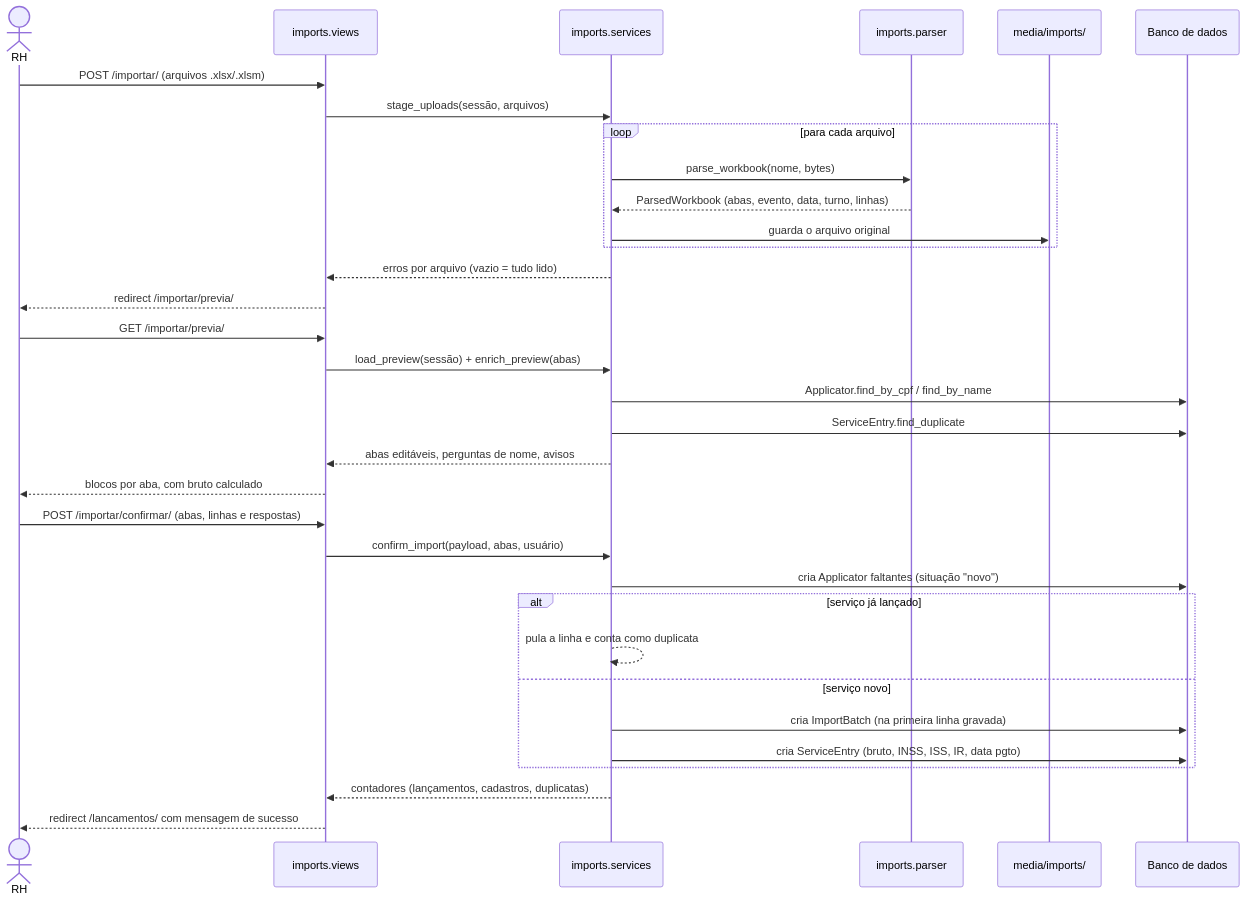
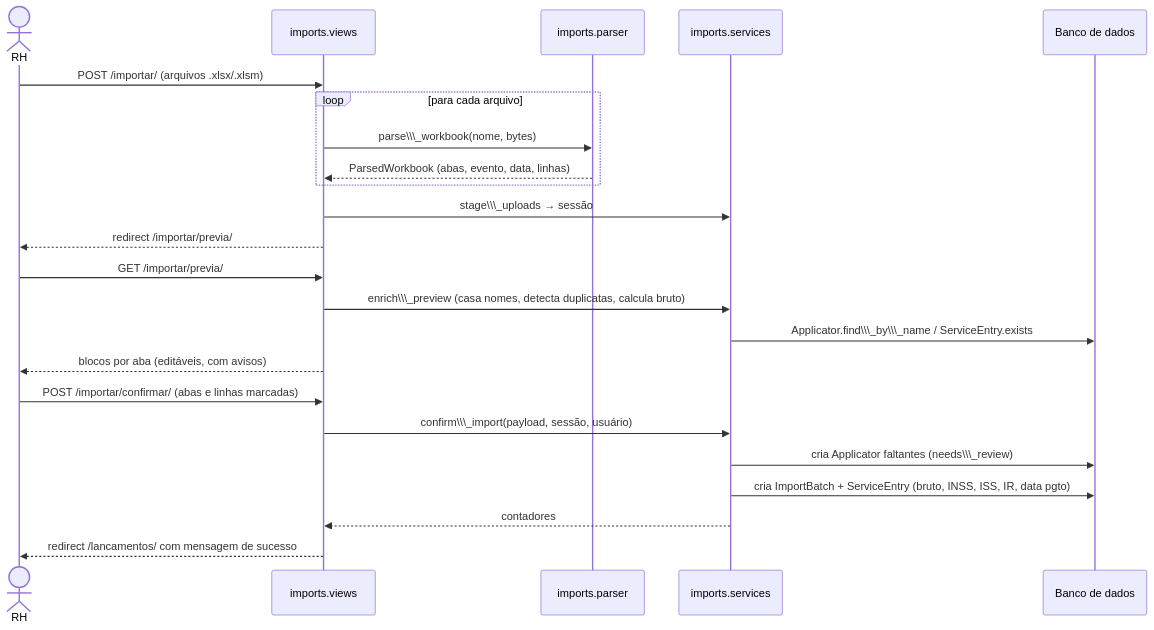
Before and after one commit to bernardozschaber/tp1-eng-soft: the second of 3 diagrams in README.md, drawn with Mermaid. The commit also changed other lines of this file, not shown here.

Commit message:
docs(readme): update UML diagrams, seed_demo and imports (1/4)

````diff
--- a/README.md
+++ b/README.md
@@ -359,38 +279,26 @@
 ```mermaid
 sequenceDiagram
     actor RH
     participant View as imports.views
+    participant Parser as imports.parser
     participant Service as imports.services
-    participant Parser as imports.parser
-    participant Media as media/imports/
     participant DB as Banco de dados
 
     RH->>View: POST /importar/ (arquivos .xlsx/.xlsm)
-    View->>Service: stage_uploads(sessão, arquivos)
     loop para cada arquivo
-        Service->>Parser: parse_workbook(nome, bytes)
-        Parser-->>Service: ParsedWorkbook (abas, evento, data, turno, linhas)
-        Service->>Media: guarda o arquivo original
+        View->>Parser: parse\\\_workbook(nome, bytes)
+        Parser-->>View: ParsedWorkbook (abas, evento, data, linhas)
     end
-    Service-->>View: erros por arquivo (vazio = tudo lido)
+    View->>Service: stage\\\_uploads → sessão
     View-->>RH: redirect /importar/previa/
-
     RH->>View: GET /importar/previa/
-    View->>Service: load_preview(sessão) + enrich_preview(abas)
-    Service->>DB: Applicator.find_by_cpf / find_by_name
-    Service->>DB: ServiceEntry.find_duplicate
-    Service-->>View: abas editáveis, perguntas de nome, avisos
-    View-->>RH: blocos por aba, com bruto calculado
-
-    RH->>View: POST /importar/confirmar/ (abas, linhas e respostas)
-    View->>Service: confirm_import(payload, abas, usuário)
-    Service->>DB: cria Applicator faltantes (situação "novo")
-    alt serviço já lançado
-        Service-->>Service: pula a linha e conta como duplicata
-    else serviço novo
-        Service->>DB: cria ImportBatch (na primeira linha gravada)
-        Service->>DB: cria ServiceEntry (bruto, INSS, ISS, IR, data pgto)
-    end
-    Service-->>View: contadores (lançamentos, cadastros, duplicatas)
+    View->>Service: enrich\\\_preview (casa nomes, detecta duplicatas, calcula bruto)
+    Service->>DB: Applicator.find\\\_by\\\_name / ServiceEntry.exists
+    View-->>RH: blocos por aba (editáveis, com avisos)
+    RH->>View: POST /importar/confirmar/ (abas e linhas marcadas)
+    View->>Service: confirm\\\_import(payload, sessão, usuário)
+    Service->>DB: cria Applicator faltantes (needs\\\_review)
+    Service->>DB: cria ImportBatch + ServiceEntry (bruto, INSS, ISS, IR, data pgto)
+    Service-->>View: contadores
     View-->>RH: redirect /lancamentos/ com mensagem de sucesso
 ```
````
